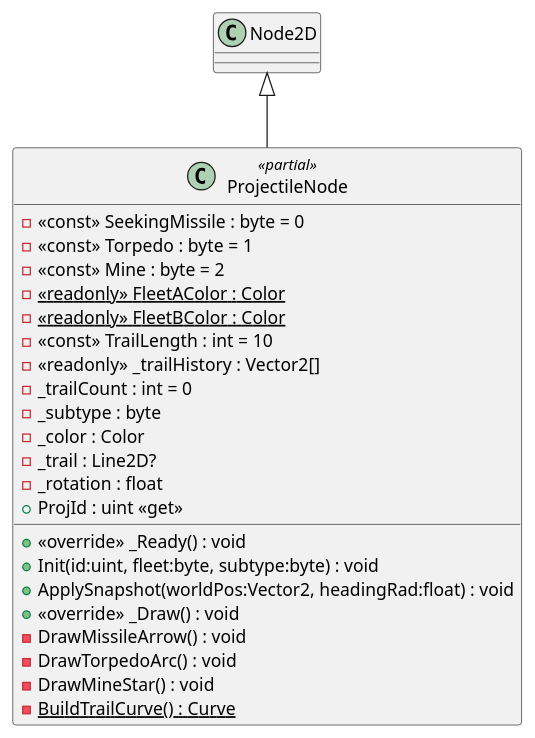
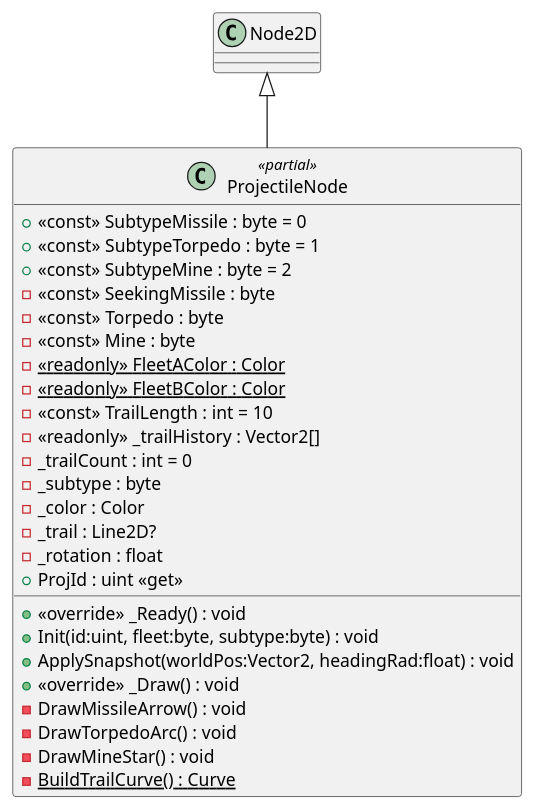
One commit to Tai-trinh/skock changed the diagram in diagrams/csharp/client/src/rendering/ProjectileNode.puml. Above: the diagram before and after it, drawn with PlantUML. The commit also changed 17 other files, not shown here.

```diff
--- a/diagrams/csharp/client/src/rendering/ProjectileNode.puml
+++ b/diagrams/csharp/client/src/rendering/ProjectileNode.puml
@@ -1,26 +1,29 @@
 @startuml
 class ProjectileNode <<partial>> {
-    - <<const>> SeekingMissile : byte = 0
-    - <<const>> Torpedo : byte = 1
-    - <<const>> Mine : byte = 2
+    + <<const>> SubtypeMissile : byte = 0
+    + <<const>> SubtypeTorpedo : byte = 1
+    + <<const>> SubtypeMine : byte = 2
+    - <<const>> SeekingMissile : byte
+    - <<const>> Torpedo : byte
+    - <<const>> Mine : byte
     - {static} <<readonly>> FleetAColor : Color
     - {static} <<readonly>> FleetBColor : Color
     - <<const>> TrailLength : int = 10
     - <<readonly>> _trailHistory : Vector2[]
     - _trailCount : int = 0
     - _subtype : byte
     - _color : Color
     - _trail : Line2D?
     - _rotation : float
     + ProjId : uint <<get>>
     + <<override>> _Ready() : void
     + Init(id:uint, fleet:byte, subtype:byte) : void
     + ApplySnapshot(worldPos:Vector2, headingRad:float) : void
     + <<override>> _Draw() : void
     - DrawMissileArrow() : void
     - DrawTorpedoArc() : void
     - DrawMineStar() : void
     - {static} BuildTrailCurve() : Curve
 }
 Node2D <|-- ProjectileNode
 @enduml
```
